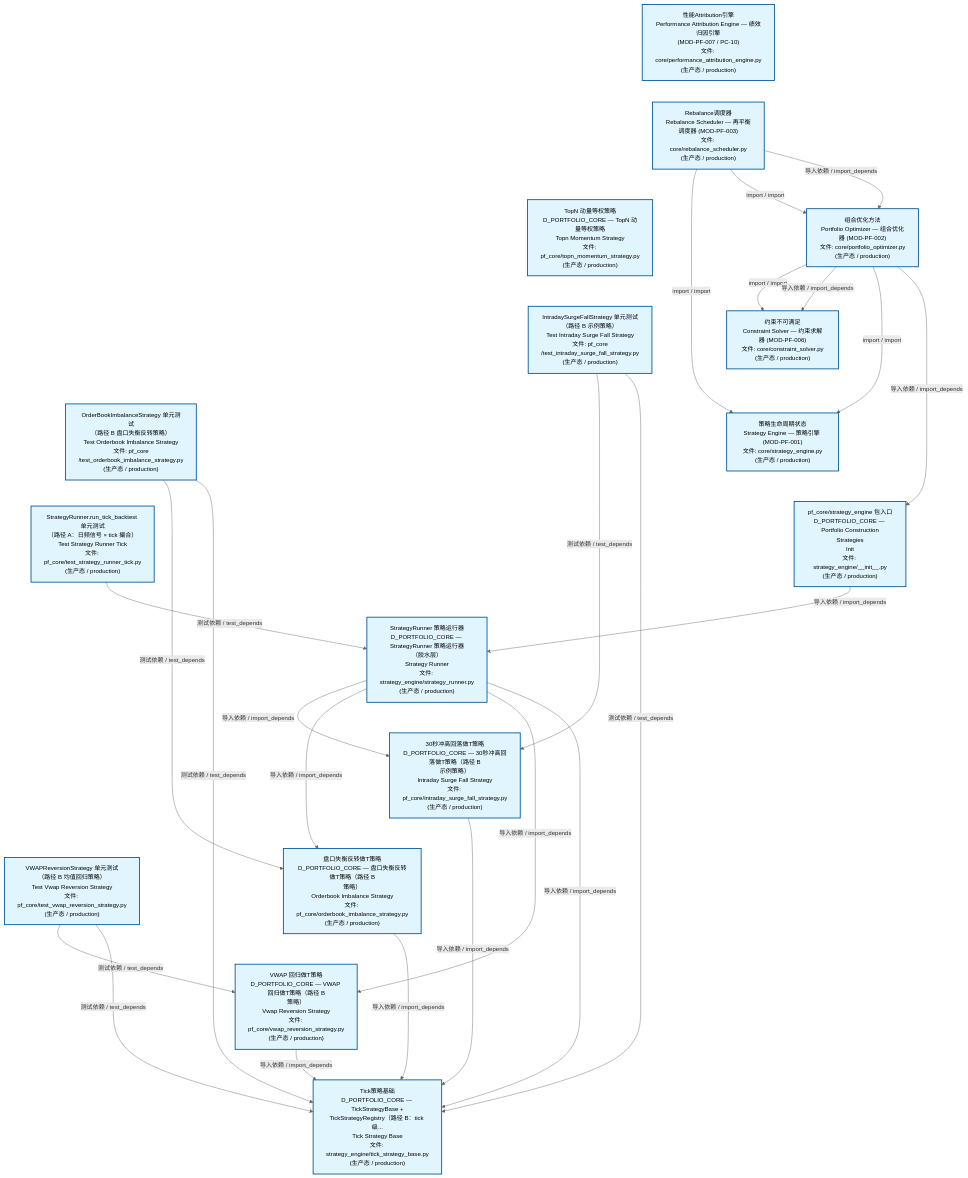
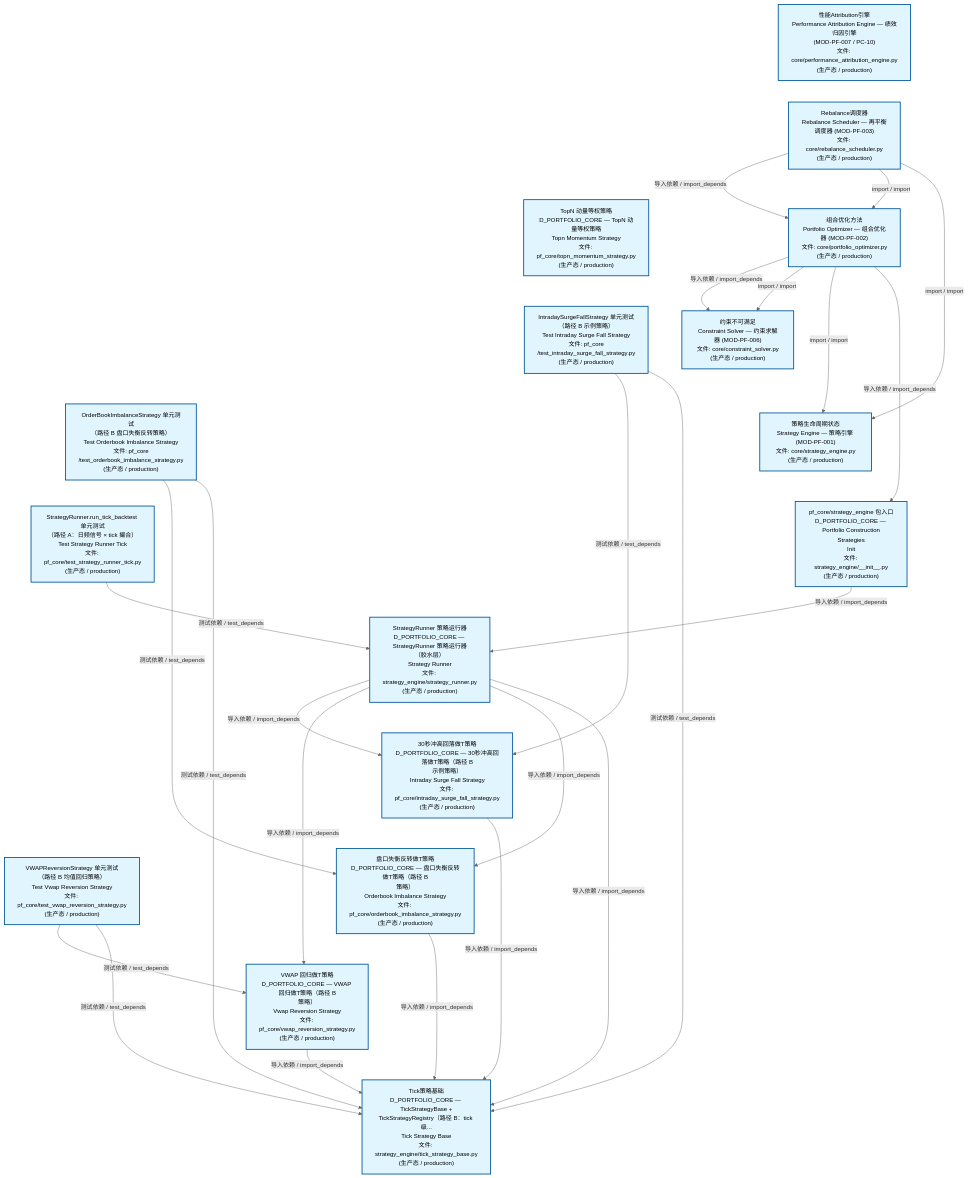
Before and after one commit to xuanFelixVan/ZephyrAlpha: the second of 3 diagrams in docs/02_enterprise_architecture/02_domain_architecture_docs/63_d_pf_core.md, drawn with Mermaid. The commit also changed other lines of this file and 50 other files, not shown here.

````diff
--- a/docs/02_enterprise_architecture/02_domain_architecture_docs/63_d_pf_core.md
+++ b/docs/02_enterprise_architecture/02_domain_architecture_docs/63_d_pf_core.md
@@ -140,57 +140,57 @@
 ```mermaid
 %%{init: {'theme': 'base', 'themeVariables': {'primaryColor': '#eaeaea', 'primaryTextColor': '#333333', 'primaryBorderColor': '#666666', 'lineColor': '#666666', 'secondaryColor': '#eaeaea', 'tertiaryColor': '#eaeaea', 'fontSize': '14px'}}}%%
 flowchart TD
     src_zephyr_pf_core_core_performance_attribution_engine_py["性能Attribution引擎<br/>Performance Attribution Engine — 绩效归因引擎<br/>(MOD-PF-007 / PC-10)<br/>文件: core/performance_attribution_engine.py<br/>(生产态 / production)"]
     src_zephyr_pf_core_core_rebalance_scheduler_py["Rebalance调度器<br/>Rebalance Scheduler — 再平衡调度器 (MOD-PF-003)<br/>文件: core/rebalance_scheduler.py<br/>(生产态 / production)"]
     src_zephyr_pf_core_topn_momentum_strategy_py["TopN 动量等权策略<br/>D_PORTFOLIO_CORE — TopN 动量等权策略<br/>Topn Momentum Strategy<br/>文件: pf_core/topn_momentum_strategy.py<br/>(生产态 / production)"]
     tests_pf_core_test_intraday_surge_fall_strategy_py["IntradaySurgeFallStrategy 单元测试<br/>（路径 B 示例策略）<br/>Test Intraday Surge Fall Strategy<br/>文件: pf_core<br/>/test_intraday_surge_fall_strategy.py<br/>(生产态 / production)"]
     tests_pf_core_test_orderbook_imbalance_strategy_py["OrderBookImbalanceStrategy 单元测试<br/>（路径 B 盘口失衡反转策略）<br/>Test Orderbook Imbalance Strategy<br/>文件: pf_core<br/>/test_orderbook_imbalance_strategy.py<br/>(生产态 / production)"]
     tests_pf_core_test_strategy_runner_tick_py["StrategyRunner.run_tick_backtest 单元测试<br/>（路径 A：日频信号 × tick 撮合）<br/>Test Strategy Runner Tick<br/>文件: pf_core/test_strategy_runner_tick.py<br/>(生产态 / production)"]
     tests_pf_core_test_vwap_reversion_strategy_py["VWAPReversionStrategy 单元测试<br/>（路径 B 均值回归策略）<br/>Test Vwap Reversion Strategy<br/>文件: pf_core/test_vwap_reversion_strategy.py<br/>(生产态 / production)"]
     src_zephyr_pf_core_core_performance_attribution_engine_py ~~~ src_zephyr_pf_core_core_rebalance_scheduler_py
     src_zephyr_pf_core_core_rebalance_scheduler_py ~~~ src_zephyr_pf_core_topn_momentum_strategy_py
     src_zephyr_pf_core_topn_momentum_strategy_py ~~~ tests_pf_core_test_intraday_surge_fall_strategy_py
     tests_pf_core_test_intraday_surge_fall_strategy_py ~~~ tests_pf_core_test_orderbook_imbalance_strategy_py
     tests_pf_core_test_orderbook_imbalance_strategy_py ~~~ tests_pf_core_test_strategy_runner_tick_py
     tests_pf_core_test_strategy_runner_tick_py ~~~ tests_pf_core_test_vwap_reversion_strategy_py
     src_zephyr_pf_core_core_portfolio_optimizer_py["组合优化方法<br/>Portfolio Optimizer — 组合优化器 (MOD-PF-002)<br/>文件: core/portfolio_optimizer.py<br/>(生产态 / production)"]
     src_zephyr_pf_core_core_constraint_solver_py["约束不可满足<br/>Constraint Solver — 约束求解器 (MOD-PF-006)<br/>文件: core/constraint_solver.py<br/>(生产态 / production)"]
     src_zephyr_pf_core_core_strategy_engine_py["策略生命周期状态<br/>Strategy Engine — 策略引擎 (MOD-PF-001)<br/>文件: core/strategy_engine.py<br/>(生产态 / production)"]
     src_zephyr_pf_core_strategy_engine_init_py["pf_core/strategy_engine 包入口<br/>D_PORTFOLIO_CORE — Portfolio Construction<br/>Strategies<br/>Init<br/>文件: strategy_engine/__init__.py<br/>(生产态 / production)"]
     src_zephyr_pf_core_core_constraint_solver_py ~~~ src_zephyr_pf_core_core_strategy_engine_py
     src_zephyr_pf_core_core_strategy_engine_py ~~~ src_zephyr_pf_core_strategy_engine_init_py
     src_zephyr_pf_core_strategy_engine_strategy_runner_py["StrategyRunner 策略运行器<br/>D_PORTFOLIO_CORE — StrategyRunner 策略运行器<br/>（胶水层）<br/>Strategy Runner<br/>文件: strategy_engine/strategy_runner.py<br/>(生产态 / production)"]
     src_zephyr_pf_core_intraday_surge_fall_strategy_py["30秒冲高回落做T策略<br/>D_PORTFOLIO_CORE — 30秒冲高回落做T策略（路径 B<br/>示例策略）<br/>Intraday Surge Fall Strategy<br/>文件: pf_core/intraday_surge_fall_strategy.py<br/>(生产态 / production)"]
     src_zephyr_pf_core_orderbook_imbalance_strategy_py["盘口失衡反转做T策略<br/>D_PORTFOLIO_CORE — 盘口失衡反转做T策略（路径 B<br/>策略）<br/>Orderbook Imbalance Strategy<br/>文件: pf_core/orderbook_imbalance_strategy.py<br/>(生产态 / production)"]
     src_zephyr_pf_core_vwap_reversion_strategy_py["VWAP 回归做T策略<br/>D_PORTFOLIO_CORE — VWAP 回归做T策略（路径 B<br/>策略）<br/>Vwap Reversion Strategy<br/>文件: pf_core/vwap_reversion_strategy.py<br/>(生产态 / production)"]
     src_zephyr_pf_core_intraday_surge_fall_strategy_py ~~~ src_zephyr_pf_core_orderbook_imbalance_strategy_py
     src_zephyr_pf_core_orderbook_imbalance_strategy_py ~~~ src_zephyr_pf_core_vwap_reversion_strategy_py
     src_zephyr_pf_core_strategy_engine_tick_strategy_base_py["Tick策略基础<br/>D_PORTFOLIO_CORE — TickStrategyBase +<br/>TickStrategyRegistry（路径 B：tick 级...<br/>Tick Strategy Base<br/>文件: strategy_engine/tick_strategy_base.py<br/>(生产态 / production)"]
     src_zephyr_pf_core_intraday_surge_fall_strategy_py -->|导入依赖 / import_depends| src_zephyr_pf_core_strategy_engine_tick_strategy_base_py
+    src_zephyr_pf_core_vwap_reversion_strategy_py -->|导入依赖 / import_depends| src_zephyr_pf_core_strategy_engine_tick_strategy_base_py
     src_zephyr_pf_core_orderbook_imbalance_strategy_py -->|导入依赖 / import_depends| src_zephyr_pf_core_strategy_engine_tick_strategy_base_py
-    src_zephyr_pf_core_core_rebalance_scheduler_py -->|import / import| src_zephyr_pf_core_core_strategy_engine_py
-    src_zephyr_pf_core_core_rebalance_scheduler_py -->|import / import| src_zephyr_pf_core_core_portfolio_optimizer_py
-    src_zephyr_pf_core_core_rebalance_scheduler_py -->|导入依赖 / import_depends| src_zephyr_pf_core_core_portfolio_optimizer_py
-    src_zephyr_pf_core_vwap_reversion_strategy_py -->|导入依赖 / import_depends| src_zephyr_pf_core_strategy_engine_tick_strategy_base_py
-    src_zephyr_pf_core_strategy_engine_strategy_runner_py -->|导入依赖 / import_depends| src_zephyr_pf_core_intraday_surge_fall_strategy_py
-    src_zephyr_pf_core_strategy_engine_strategy_runner_py -->|导入依赖 / import_depends| src_zephyr_pf_core_orderbook_imbalance_strategy_py
-    src_zephyr_pf_core_strategy_engine_strategy_runner_py -->|导入依赖 / import_depends| src_zephyr_pf_core_vwap_reversion_strategy_py
-    src_zephyr_pf_core_strategy_engine_strategy_runner_py -->|导入依赖 / import_depends| src_zephyr_pf_core_strategy_engine_tick_strategy_base_py
+    src_zephyr_pf_core_core_portfolio_optimizer_py -->|导入依赖 / import_depends| src_zephyr_pf_core_core_constraint_solver_py
     src_zephyr_pf_core_core_portfolio_optimizer_py -->|import / import| src_zephyr_pf_core_core_constraint_solver_py
-    src_zephyr_pf_core_core_portfolio_optimizer_py -->|导入依赖 / import_depends| src_zephyr_pf_core_core_constraint_solver_py
     src_zephyr_pf_core_core_portfolio_optimizer_py -->|import / import| src_zephyr_pf_core_core_strategy_engine_py
     src_zephyr_pf_core_core_portfolio_optimizer_py -->|导入依赖 / import_depends| src_zephyr_pf_core_strategy_engine_init_py
+    src_zephyr_pf_core_core_rebalance_scheduler_py -->|导入依赖 / import_depends| src_zephyr_pf_core_core_portfolio_optimizer_py
+    src_zephyr_pf_core_core_rebalance_scheduler_py -->|import / import| src_zephyr_pf_core_core_portfolio_optimizer_py
+    src_zephyr_pf_core_core_rebalance_scheduler_py -->|import / import| src_zephyr_pf_core_core_strategy_engine_py
     src_zephyr_pf_core_strategy_engine_init_py -->|导入依赖 / import_depends| src_zephyr_pf_core_strategy_engine_strategy_runner_py
+    src_zephyr_pf_core_strategy_engine_strategy_runner_py -->|导入依赖 / import_depends| src_zephyr_pf_core_intraday_surge_fall_strategy_py
+    src_zephyr_pf_core_strategy_engine_strategy_runner_py -->|导入依赖 / import_depends| src_zephyr_pf_core_vwap_reversion_strategy_py
+    src_zephyr_pf_core_strategy_engine_strategy_runner_py -->|导入依赖 / import_depends| src_zephyr_pf_core_orderbook_imbalance_strategy_py
+    src_zephyr_pf_core_strategy_engine_strategy_runner_py -->|导入依赖 / import_depends| src_zephyr_pf_core_strategy_engine_tick_strategy_base_py
+    tests_pf_core_test_intraday_surge_fall_strategy_py -->|测试依赖 / test_depends| src_zephyr_pf_core_intraday_surge_fall_strategy_py
+    tests_pf_core_test_intraday_surge_fall_strategy_py -->|测试依赖 / test_depends| src_zephyr_pf_core_strategy_engine_tick_strategy_base_py
     tests_pf_core_test_orderbook_imbalance_strategy_py -->|测试依赖 / test_depends| src_zephyr_pf_core_orderbook_imbalance_strategy_py
     tests_pf_core_test_orderbook_imbalance_strategy_py -->|测试依赖 / test_depends| src_zephyr_pf_core_strategy_engine_tick_strategy_base_py
-    tests_pf_core_test_intraday_surge_fall_strategy_py -->|测试依赖 / test_depends| src_zephyr_pf_core_intraday_surge_fall_strategy_py
-    tests_pf_core_test_intraday_surge_fall_strategy_py -->|测试依赖 / test_depends| src_zephyr_pf_core_strategy_engine_tick_strategy_base_py
-    tests_pf_core_test_strategy_runner_tick_py -->|测试依赖 / test_depends| src_zephyr_pf_core_strategy_engine_strategy_runner_py
     tests_pf_core_test_vwap_reversion_strategy_py -->|测试依赖 / test_depends| src_zephyr_pf_core_vwap_reversion_strategy_py
     tests_pf_core_test_vwap_reversion_strategy_py -->|测试依赖 / test_depends| src_zephyr_pf_core_strategy_engine_tick_strategy_base_py
+    tests_pf_core_test_strategy_runner_tick_py -->|测试依赖 / test_depends| src_zephyr_pf_core_strategy_engine_strategy_runner_py
     classDef production fill:#e1f5fe,stroke:#01579b,stroke-width:2px,color:#000
     classDef design fill:#fff3e0,stroke:#e65100,stroke-width:2px,color:#000,stroke-dasharray: 5 5
     classDef external_prod fill:#e8f4fd,stroke:#0277bd,stroke-width:1px,color:#000
     classDef external_design fill:#fff8e7,stroke:#ef6c00,stroke-width:1px,color:#000,stroke-dasharray: 5 5
     class src_zephyr_pf_core_core_constraint_solver_py,src_zephyr_pf_core_core_performance_attribution_engine_py,src_zephyr_pf_core_core_portfolio_optimizer_py,src_zephyr_pf_core_core_rebalance_scheduler_py,src_zephyr_pf_core_core_strategy_engine_py,src_zephyr_pf_core_intraday_surge_fall_strategy_py,src_zephyr_pf_core_orderbook_imbalance_strategy_py,src_zephyr_pf_core_strategy_engine_init_py,src_zephyr_pf_core_strategy_engine_strategy_runner_py,src_zephyr_pf_core_strategy_engine_tick_strategy_base_py,src_zephyr_pf_core_topn_momentum_strategy_py,src_zephyr_pf_core_vwap_reversion_strategy_py,tests_pf_core_test_intraday_surge_fall_strategy_py,tests_pf_core_test_orderbook_imbalance_strategy_py,tests_pf_core_test_strategy_runner_tick_py,tests_pf_core_test_vwap_reversion_strategy_py production
 ```
````
